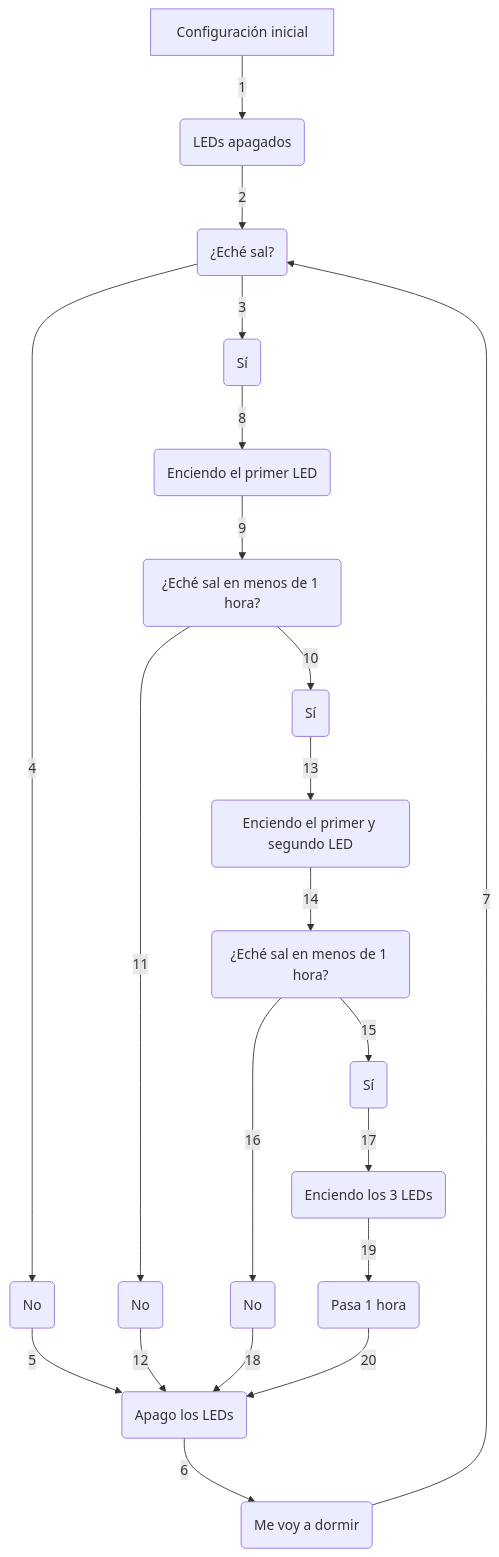
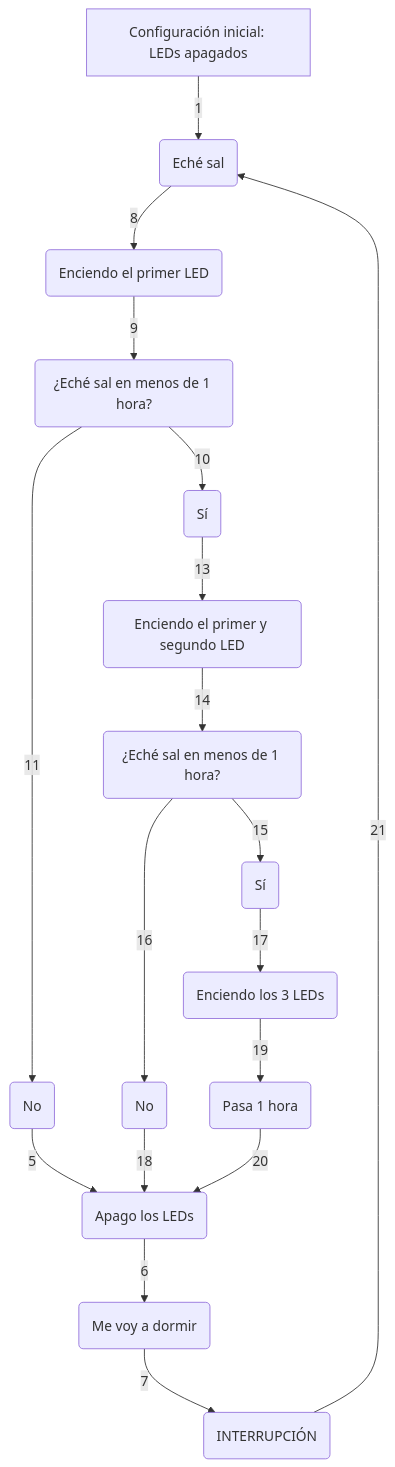
Before and after one commit to MediaLabUniovi/Salero-MdN: the diagram in README.md, drawn with Mermaid.

````diff
--- a/README.md
+++ b/README.md
@@ -80,24 +80,21 @@
 ```mermaid
 graph TD;
-  A[Configuración inicial] -->|1| B(LEDs apagados)
-  B -->|2| C(¿Eché sal?)
-  C -->|3| D(Sí)
-  C -->|4| E(No)
-  E -->|5| G(Apago los LEDs)
+  A[Configuración inicial: LEDs apagados] -->|1| B(Eché sal)
   G -->|6| S(Me voy a dormir)
-  S -->|7| C
-  D -->|8| H(Enciendo el primer LED)
+  S -->|7| T(INTERRUPCIÓN)
+  T -->|21| B
+  B -->|8| H(Enciendo el primer LED)
   H -->|9| I(¿Eché sal en menos de 1 hora?)
   I -->|10| J(Sí)
   I -->|11| K(No)
-  K -->|12| G
+  K -->|5| G(Apago los LEDs)
   J -->|13| L(Enciendo el primer y segundo LED)
   L -->|14| M(¿Eché sal en menos de 1 hora?)
   M -->|15| N(Sí)
   M -->|16| O(No)
   N -->|17| P(Enciendo los 3 LEDs)
   O -->|18| G
   P -->|19| R(Pasa 1 hora)
   R -->|20| G
   
 ```
````
